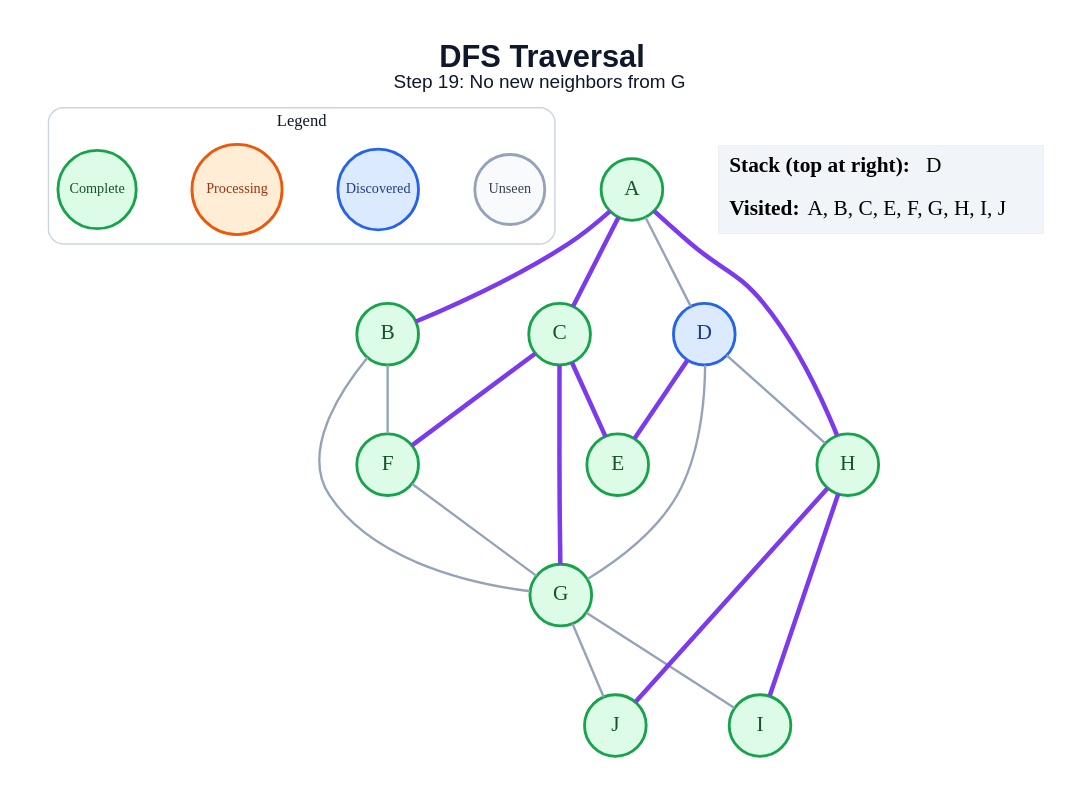
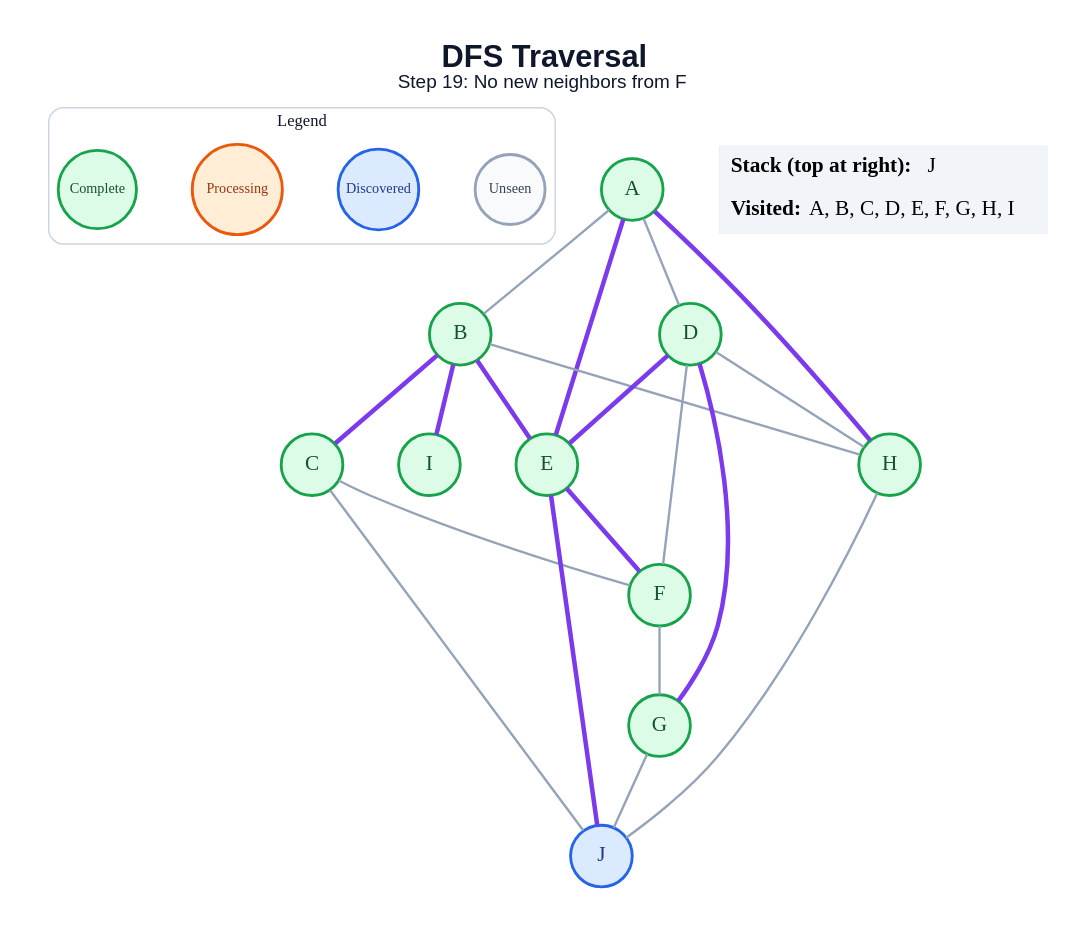
The diagram in generated/specific-node/dfs/step_19.dot (amanghodawala9/ai-slop), drawn with Graphviz before and after one commit. The commit also changed 178 other files, not shown here.

```diff
--- a/generated/specific-node/dfs/step_19.dot
+++ b/generated/specific-node/dfs/step_19.dot
@@ -1,46 +1,48 @@
 graph traversal {
   graph [layout=dot, rankdir=TB, bgcolor="#FFFFFF", pad="0.35", nodesep="0.65", ranksep="0.8", fontname="Arial"];
   node [shape=circle, style="filled", fontname="Arial Bold", fontsize=18, width=0.72, fixedsize=true, penwidth=2.4];
   edge [color="#94A3B8", penwidth=2.0];
-  label=<<B>DFS Traversal</B><BR/><FONT POINT-SIZE="16">Step 19: No new neighbors from G</FONT>>; labelloc="t"; fontsize=26; fontname="Arial"; fontcolor="#0F172A";
+  label=<<B>DFS Traversal</B><BR/><FONT POINT-SIZE="16">Step 19: No new neighbors from F</FONT>>; labelloc="t"; fontsize=26; fontname="Arial"; fontcolor="#0F172A";
   subgraph cluster_legend { label="Legend"; color="#CBD5E1"; penwidth=1.2; style="rounded"; fontsize=14; fontname="Arial Bold";
     key_unseen [label="Unseen", fillcolor="#F8FAFC", color="#94A3B8", fontcolor="#334155", fontsize=12, width=0.82];
     key_frontier [label="Discovered", fillcolor="#DBEAFE", color="#2563EB", fontcolor="#1E3A8A", fontsize=12, width=0.95];
     key_current [label="Processing", fillcolor="#FFEDD5", color="#EA580C", fontcolor="#9A3412", fontsize=12, width=1.05];
     key_done [label="Complete", fillcolor="#DCFCE7", color="#16A34A", fontcolor="#14532D", fontsize=12, width=0.92];
     { rank=same; key_unseen; key_frontier; key_current; key_done; }
   }
   A [fillcolor="#DCFCE7", color="#16A34A", fontcolor="#14532D"];
   B [fillcolor="#DCFCE7", color="#16A34A", fontcolor="#14532D"];
   C [fillcolor="#DCFCE7", color="#16A34A", fontcolor="#14532D"];
-  D [fillcolor="#DBEAFE", color="#2563EB", fontcolor="#1E3A8A"];
+  D [fillcolor="#DCFCE7", color="#16A34A", fontcolor="#14532D"];
   E [fillcolor="#DCFCE7", color="#16A34A", fontcolor="#14532D"];
   F [fillcolor="#DCFCE7", color="#16A34A", fontcolor="#14532D"];
   G [fillcolor="#DCFCE7", color="#16A34A", fontcolor="#14532D"];
   H [fillcolor="#DCFCE7", color="#16A34A", fontcolor="#14532D"];
   I [fillcolor="#DCFCE7", color="#16A34A", fontcolor="#14532D"];
-  J [fillcolor="#DCFCE7", color="#16A34A", fontcolor="#14532D"];
-  A -- B [color="#7C3AED", penwidth=3.8];
-  A -- C [color="#7C3AED", penwidth=3.8];
+  J [fillcolor="#DBEAFE", color="#2563EB", fontcolor="#1E3A8A"];
+  A -- B;
   A -- D;
+  A -- E [color="#7C3AED", penwidth=3.8];
   A -- H [color="#7C3AED", penwidth=3.8];
-  B -- F;
-  B -- G;
-  C -- E [color="#7C3AED", penwidth=3.8];
-  C -- F [color="#7C3AED", penwidth=3.8];
-  C -- G [color="#7C3AED", penwidth=3.8];
+  B -- C [color="#7C3AED", penwidth=3.8];
+  B -- E [color="#7C3AED", penwidth=3.8];
+  B -- H;
+  B -- I [color="#7C3AED", penwidth=3.8];
+  C -- F;
+  C -- J;
   D -- E [color="#7C3AED", penwidth=3.8];
-  D -- G;
+  D -- F;
+  D -- G [color="#7C3AED", penwidth=3.8];
   D -- H;
+  E -- F [color="#7C3AED", penwidth=3.8];
+  E -- J [color="#7C3AED", penwidth=3.8];
   F -- G;
-  G -- I;
   G -- J;
-  H -- I [color="#7C3AED", penwidth=3.8];
-  H -- J [color="#7C3AED", penwidth=3.8];
+  H -- J;
   status [shape=plain, fixedsize=false, width=0, height=0, margin=0, label=<
     <TABLE BORDER="0" CELLBORDER="0" CELLPADDING="7" BGCOLOR="#F1F5F9">
-      <TR><TD ALIGN="LEFT"><B>Stack (top at right):</B> D</TD></TR>
-      <TR><TD ALIGN="LEFT"><B>Visited:</B> A, B, C, E, F, G, H, I, J</TD></TR>
+      <TR><TD ALIGN="LEFT"><B>Stack (top at right):</B> J</TD></TR>
+      <TR><TD ALIGN="LEFT"><B>Visited:</B> A, B, C, D, E, F, G, H, I</TD></TR>
     </TABLE>
   >];
 }
```
